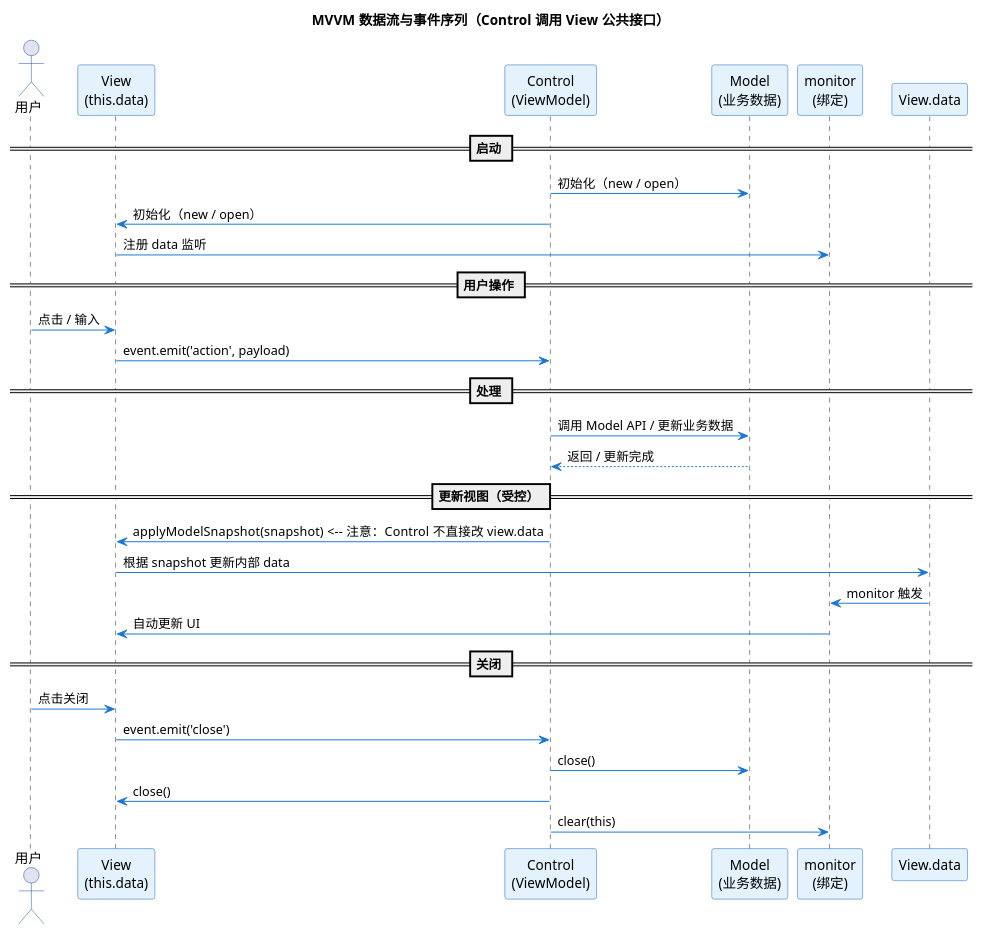
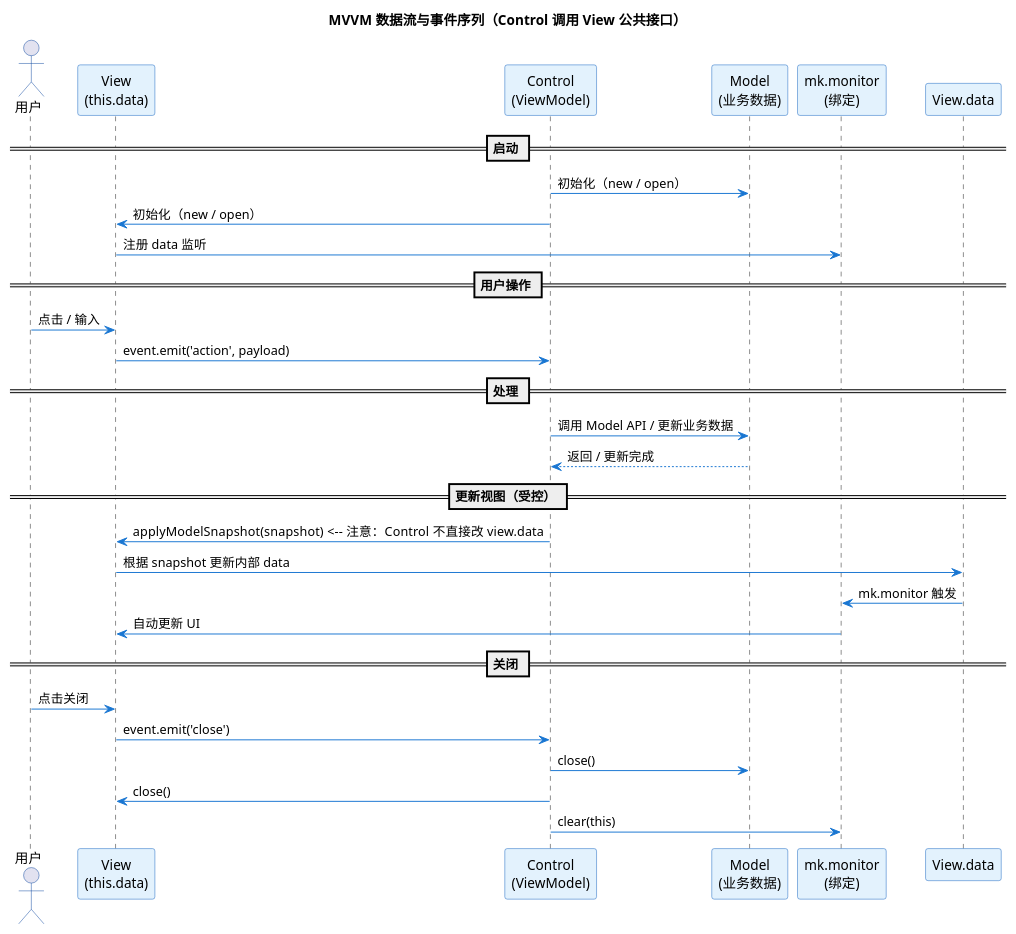
Before and after one commit to 1226085293/MKFrameworkDocs: the second of 2 diagrams in contents/docs/module/module/mvvm/index.mdx, drawn with PlantUML. The commit also changed other lines of this file and 11 other files, not shown here.

````diff
--- a/contents/docs/module/module/mvvm/index.mdx
+++ b/contents/docs/module/module/mvvm/index.mdx
@@ -307,44 +307,44 @@
 ```plantuml
 @startuml
 title MVVM 数据流与事件序列（Control 调用 View 公共接口）
 
 skinparam sequence {
   ArrowColor #1976D2
   ActorBorderColor #0D47A1
   ParticipantBorderColor #1565C0
   ParticipantBackgroundColor #E3F2FD
 }
 
 actor 用户 as User
 participant "View\n(this.data)" as View
 participant "Control\n(ViewModel)" as Control
 participant "Model\n(业务数据)" as Model
-participant "monitor\n(绑定)" as Monitor
+participant "mk.monitor\n(绑定)" as Monitor
 
 == 启动 ==
 Control -> Model : 初始化（new / open）
 Control -> View : 初始化（new / open）
 View -> Monitor : 注册 data 监听
 
 == 用户操作 ==
 User -> View : 点击 / 输入
 View -> Control : event.emit('action', payload)
 
 == 处理 ==
 Control -> Model : 调用 Model API / 更新业务数据
 Model --> Control : 返回 / 更新完成
 
 == 更新视图（受控） ==
 Control -> View : applyModelSnapshot(snapshot)   <-- 注意：Control 不直接改 view.data
 View -> View.data : 根据 snapshot 更新内部 data
-View.data -> Monitor : monitor 触发
+View.data -> Monitor : mk.monitor 触发
 Monitor -> View : 自动更新 UI
 
 == 关闭 ==
 User -> View : 点击关闭
 View -> Control : event.emit('close')
 Control -> Model : close()
 Control -> View : close()
 Control -> Monitor : clear(this)
 @enduml
 ```
````
